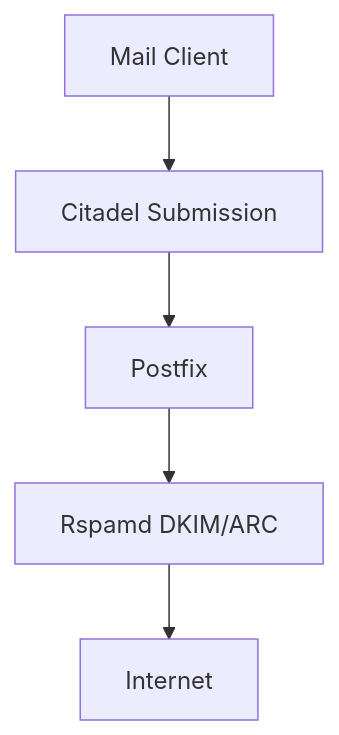
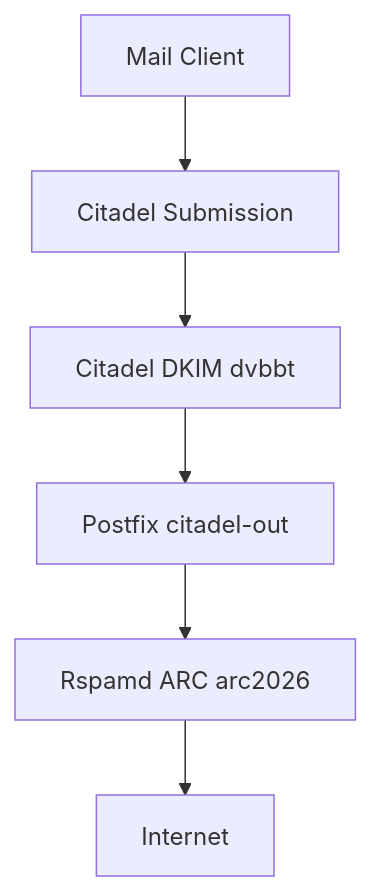
One commit to A2Micha/modern-citadel-mail-platform changed the third of 3 diagrams in docs/mail-flow.md. Above: the diagram before and after it, drawn with Mermaid. The commit also changed other lines of this file and 15 other files, not shown here.

````diff
--- a/docs/mail-flow.md
+++ b/docs/mail-flow.md
@@ -119,7 +139,8 @@
 ```mermaid
 flowchart TD
     A[Mail Client] --> B[Citadel Submission]
-    B --> C[Postfix]
-    C --> D[Rspamd DKIM/ARC]
-    D --> E[Internet]
+    B --> C[Citadel DKIM dvbbt]
+    C --> D[Postfix citadel-out]
+    D --> E[Rspamd ARC arc2026]
+    E --> F[Internet]
 ```
````
